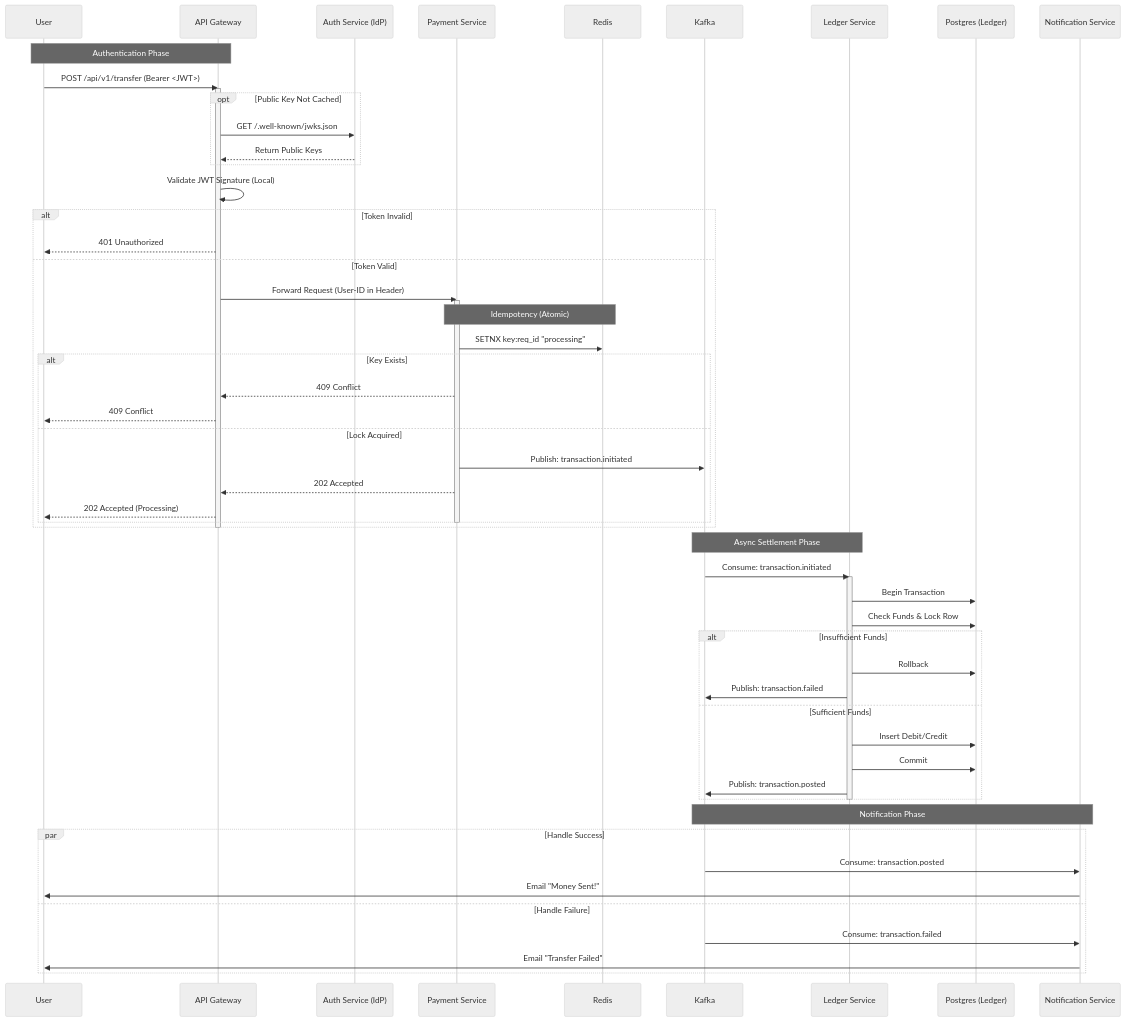
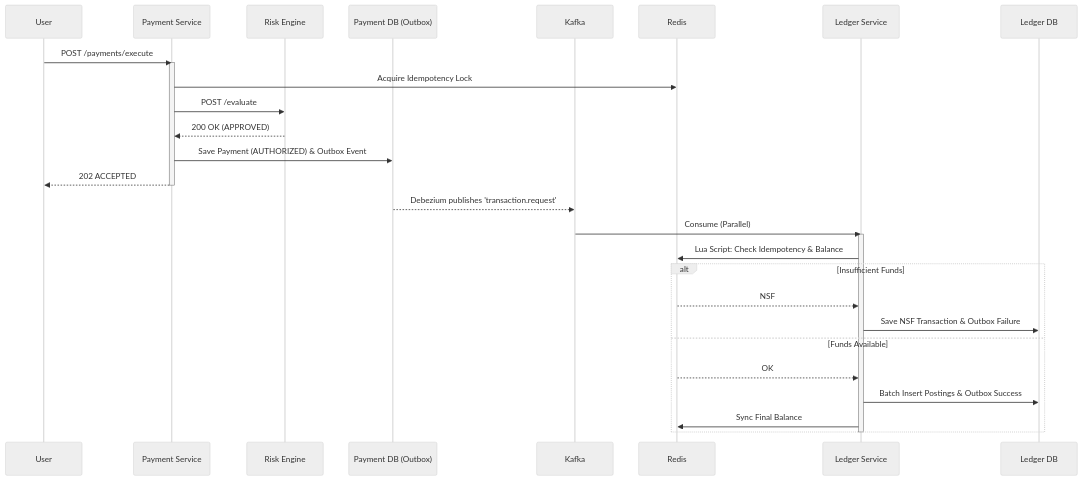
Before and after one commit to rixon15/Distributed-Payment-Ledger-System: the first of 2 diagrams in README.md, drawn with Mermaid (neutral theme). The commit also changed other lines of this file, not shown here.

````diff
--- a/README.md
+++ b/README.md
@@ -62,67 +80,33 @@
 ```mermaid
 sequenceDiagram
-    participant User as User
-    participant GW as API Gateway
-    participant Auth as Auth Service (IdP)
-    participant PG as Payment Service
+    participant User
+    participant Pay as Payment Service
+    participant Risk as Risk Engine
+    participant DB_P as Payment DB (Outbox)
+    participant Kafka
     participant Redis
-    participant Kafka
     participant Ledger as Ledger Service
-    participant DB as Postgres (Ledger)
-    participant Notif as Notification Service
+    participant DB_L as Ledger DB
+    User ->> Pay: POST /payments/execute
+    activate Pay
+    Pay ->> Redis: Acquire Idempotency Lock
+    Pay ->> Risk: POST /evaluate
+    Risk -->> Pay: 200 OK (APPROVED)
+    Pay ->> DB_P: Save Payment (AUTHORIZED) & Outbox Event
+    Pay -->> User: 202 ACCEPTED
+    deactivate Pay
+    DB_P -->> Kafka: Debezium publishes 'transaction.request'
+    Kafka ->> Ledger: Consume (Parallel)
+    activate Ledger
+    Ledger ->> Redis: Lua Script: Check Idempotency & Balance
 
-    Note over User, GW: Authentication Phase
-    User->>GW: POST /api/v1/transfer (Bearer <JWT>)
-    activate GW
-    opt Public Key Not Cached
-        GW->>Auth: GET /.well-known/jwks.json
-        Auth-->>GW: Return Public Keys
-    end
-
-    GW->>GW: Validate JWT Signature (Local)
-    alt Token Invalid
-        GW-->>User: 401 Unauthorized
-    else Token Valid
-        GW->>PG: Forward Request (User-ID in Header)
-        activate PG
-        
-        Note over PG, Redis: Idempotency (Atomic)
-        PG->>Redis: SETNX key:req_id "processing"
-        
-        alt Key Exists
-            PG-->>GW: 409 Conflict
-            GW-->>User: 409 Conflict
-        else Lock Acquired
-            PG->>Kafka: Publish: transaction.initiated
-            PG-->>GW: 202 Accepted
-        
-            GW-->>User: 202 Accepted (Processing)
-        end
-        deactivate PG
-    end
-    deactivate GW
-
-    Note over Kafka, Ledger: Async Settlement Phase
-    Kafka->>Ledger: Consume: transaction.initiated
-    activate Ledger
-    Ledger->>DB: Begin Transaction
-    Ledger->>DB: Check Funds & Lock Row
     alt Insufficient Funds
-        Ledger->>DB: Rollback
-        Ledger->>Kafka: Publish: transaction.failed
-    else Sufficient Funds
-        Ledger->>DB: Insert Debit/Credit
-        Ledger->>DB: Commit
-        Ledger->>Kafka: Publish: transaction.posted
+        Redis -->> Ledger: NSF
+        Ledger ->> DB_L: Save NSF Transaction & Outbox Failure
+    else Funds Available
+        Redis -->> Ledger: OK
+        Ledger ->> DB_L: Batch Insert Postings & Outbox Success
+        Ledger ->> Redis: Sync Final Balance
     end
     deactivate Ledger
-
-    Note over Kafka, Notif: Notification Phase
-    par Handle Success
-        Kafka->>Notif: Consume: transaction.posted
-        Notif->>User: Email "Money Sent!"
-    and Handle Failure
-        Kafka->>Notif: Consume: transaction.failed
-        Notif->>User: Email "Transfer Failed"
-    end
 ```
````
